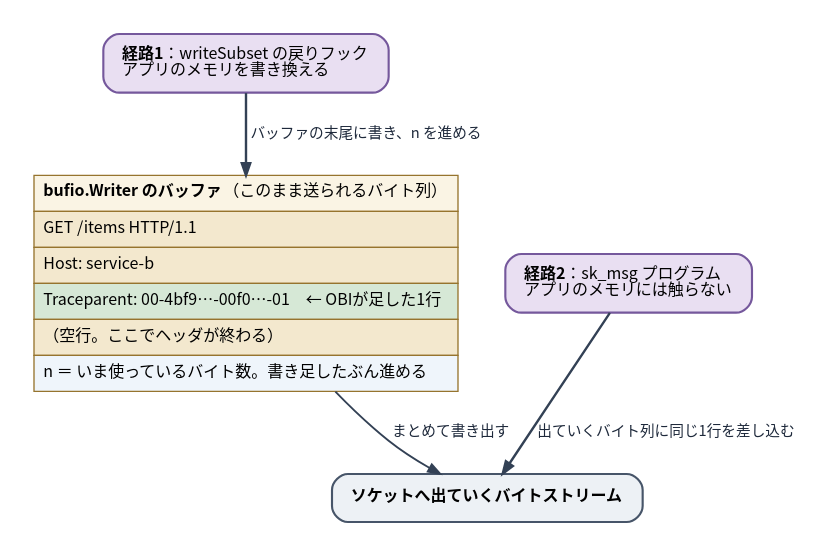
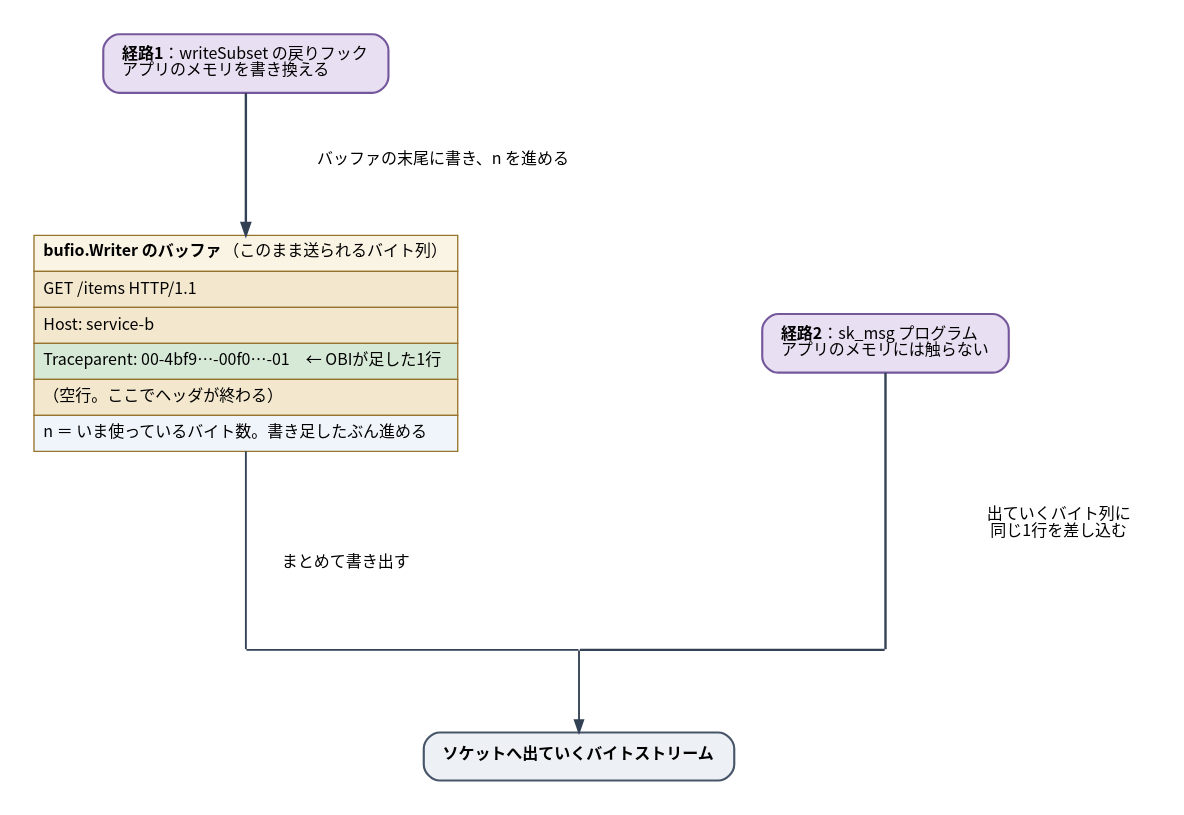
The diagram in diagrams/go-ebpf-primer/20260820-http-bytes-injection.dot (ymotongpoo/zenn.dev), drawn with Graphviz before and after one commit. The commit also changed 98 other files, not shown here.

First line of the commit message:
図版の線を水平垂直の直線に統一し、角の隙間を埋める後処理を追加した

```diff
--- a/diagrams/go-ebpf-primer/20260820-http-bytes-injection.dot
+++ b/diagrams/go-ebpf-primer/20260820-http-bytes-injection.dot
@@ -1,41 +1,52 @@
 // HTTPのバイト列と、traceparent を差し込む2つの位置
-digraph http_bytes {
+digraph http_bytes_injection {
   graph [
+    layout=neato, inputscale=72, splines=line,
     fontname="Harano Aji Gothic,Noto Sans CJK JP,IPAGothic", fontsize=13,
-    rankdir=TB, compound=true, splines=true,
-    nodesep=0.5, ranksep=0.7, pad=0.25,
-    bgcolor="white", newrank=true
+    bgcolor="white", pad=0.25
   ];
   node [
     fontname="Harano Aji Gothic,Noto Sans CJK JP,IPAGothic", fontsize=12,
     shape=box, style="rounded,filled",
     fillcolor="#F1F5F9", color="#475569", penwidth=1.6,
     margin="0.2,0.14"
   ];
   edge [
     fontname="Harano Aji Gothic,Noto Sans CJK JP,IPAGothic", fontsize=11,
     color="#334155", penwidth=1.4, arrowsize=0.9,
     fontcolor="#1E293B"
   ];
 
-  obi1 [label=<<b>経路1</b>：writeSubset の戻りフック<br align="left"/>アプリのメモリを書き換える<br align="left"/>>,
-        fillcolor="#E9DFF2", color="#75589C"];
-  obi2 [label=<<b>経路2</b>：sk_msg プログラム<br align="left"/>アプリのメモリには触らない<br align="left"/>>,
-        fillcolor="#E9DFF2", color="#75589C"];
+  p1 [pos="270,600!", label=<<b>経路1</b>：writeSubset の戻りフック<br align="left"/>アプリのメモリを書き換える<br align="left"/>>,
+      fillcolor="#E9DFF2", color="#75589C"];
+  Lw [pos="418,528!", shape=plaintext, style="", label="バッファの末尾に書き、n を進める"];
 
-  buf [shape=plain, style="", label=<
+  buf [pos="270,390!", shape=plain, style="", label=<
     <table border="0" cellborder="1" cellspacing="0" cellpadding="6" color="#96742E">
       <tr><td align="left" bgcolor="#FAF4E4"><b>bufio.Writer のバッファ</b>（このまま送られるバイト列）</td></tr>
       <tr><td align="left" bgcolor="#F3E8CE">GET /items HTTP/1.1</td></tr>
       <tr><td align="left" bgcolor="#F3E8CE">Host: service-b</td></tr>
       <tr><td align="left" bgcolor="#D6E8D6">Traceparent: 00-4bf9…-00f0…-01　← OBIが足した1行</td></tr>
       <tr><td align="left" bgcolor="#F3E8CE">（空行。ここでヘッダが終わる）</td></tr>
       <tr><td align="left" bgcolor="#EFF5FB">n ＝ いま使っているバイト数。書き足したぶん進める</td></tr>
     </table>>];
 
-  sock [label=<<b>ソケットへ出ていくバイトストリーム</b>>, fillcolor="#EDF1F5"];
+  p2 [pos="750,390!", label=<<b>経路2</b>：sk_msg プログラム<br align="left"/>アプリのメモリには触らない<br align="left"/>>,
+      fillcolor="#E9DFF2", color="#75589C"];
 
-  obi1 -> buf [label=" バッファの末尾に書き、n を進める", penwidth=1.8];
-  buf -> sock [label=" まとめて書き出す"];
-  obi2 -> sock [label=" 出ていくバイト列に同じ1行を差し込む", penwidth=1.8];
+  b1 [pos="270,160!", shape=point, width=0.01, style=invis];
+  b2 [pos="750,160!", shape=point, width=0.01, style=invis];
+  jn [pos="520,160!", shape=point, width=0.01, style=invis];
+
+  sock [pos="520,80!", label=<<b>ソケットへ出ていくバイトストリーム</b>>, fillcolor="#EDF1F5"];
+
+  L1 [pos="345,225!", shape=plaintext, style="", label="まとめて書き出す"];
+  L2 [pos="880,255!", shape=plaintext, style="", label="出ていくバイト列に\n同じ1行を差し込む"];
+
+  p1 -> buf [penwidth=1.8];
+  buf -> b1 [dir=none];
+  p2 -> b2 [dir=none, penwidth=1.8];
+  b1 -> jn [dir=none];
+  b2 -> jn [dir=none, penwidth=1.8];
+  jn -> sock;
 }
```
